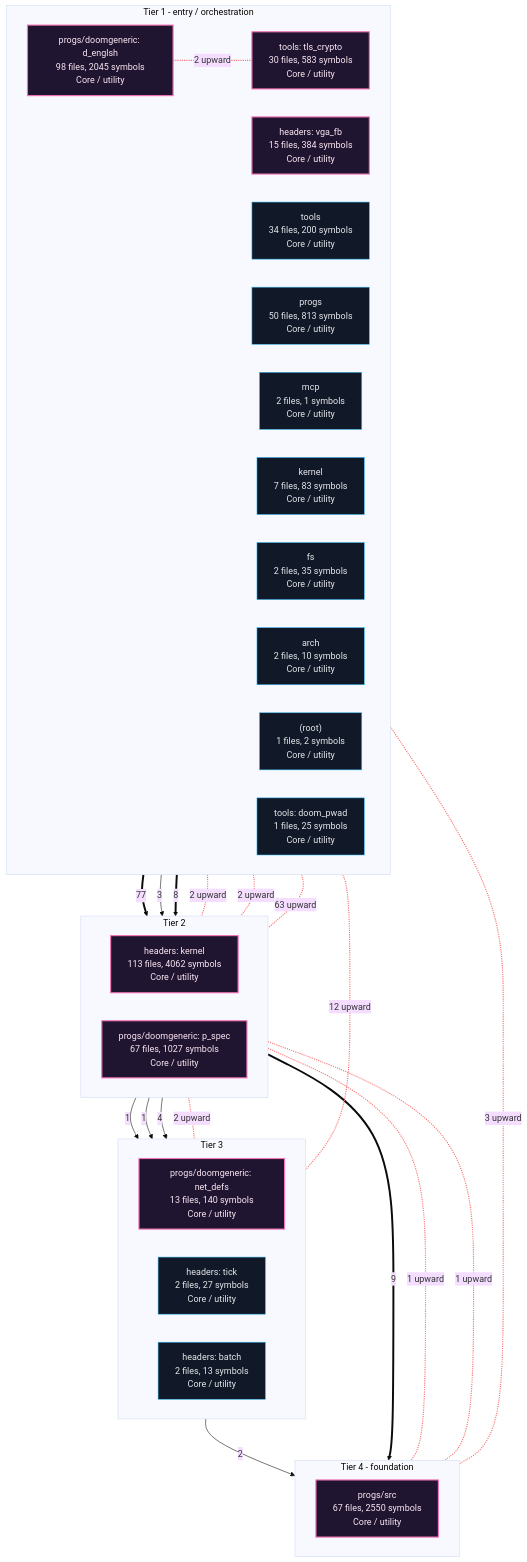
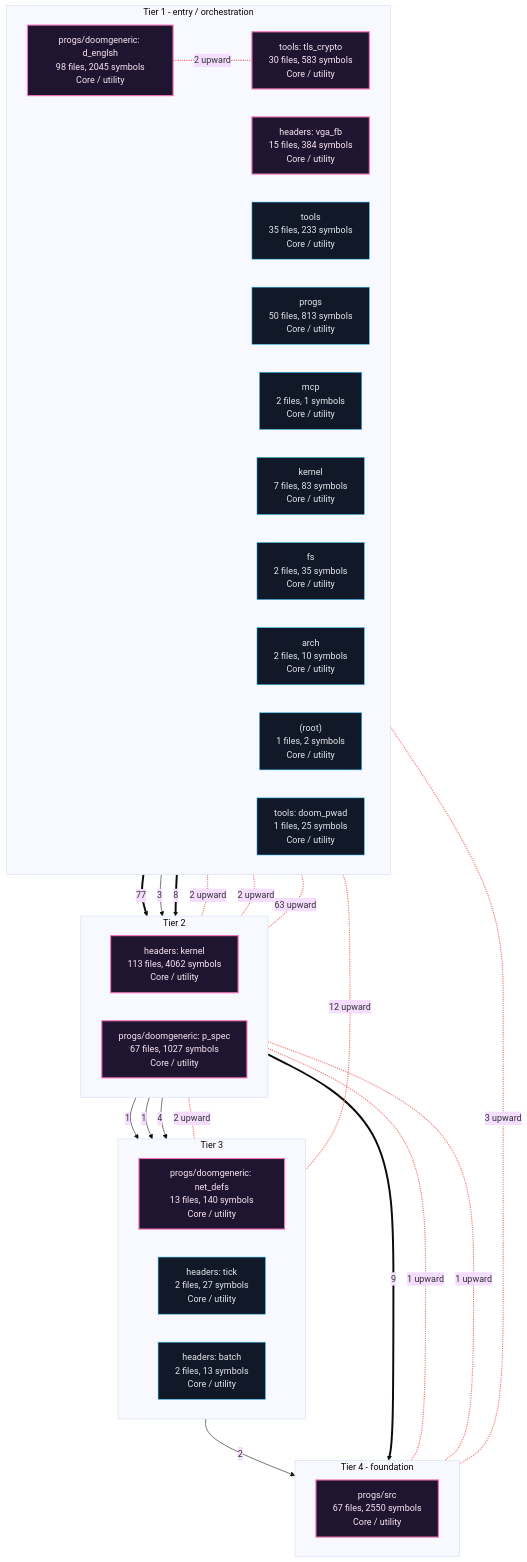
Before and after one commit to grisuno/miniOS: the first of 5 diagrams in readmenator-apidocs/architecture.md, drawn with Mermaid (base theme). The commit also changed 90 other files, not shown here.

````diff
--- a/readmenator-apidocs/architecture.md
+++ b/readmenator-apidocs/architecture.md
@@ -11,55 +11,55 @@
 ```mermaid
 flowchart TB
     classDef cycle fill:#1f1530,stroke:#f472b6,color:#fce7f3,stroke-width:2px;
     classDef default fill:#111827,stroke:#38bdf8,color:#e5e7eb;
     subgraph lane_0["Tier 1 - entry / orchestration"]
         direction LR
         n_c1["progs/doomgeneric: d_englsh<br/>98 files, 2045 symbols<br/>Core / utility"]:::cycle
         n_c4["tools: tls_crypto<br/>30 files, 583 symbols<br/>Core / utility"]:::cycle
         n_c5["headers: vga_fb<br/>15 files, 384 symbols<br/>Core / utility"]:::cycle
-        n_d_tools["tools<br/>34 files, 200 symbols<br/>Core / utility"]:::default
+        n_d_tools["tools<br/>35 files, 233 symbols<br/>Core / utility"]:::default
         n_d_progs["progs<br/>50 files, 813 symbols<br/>Core / utility"]:::default
         n_d_mcp["mcp<br/>2 files, 1 symbols<br/>Core / utility"]:::default
         n_d_kernel["kernel<br/>7 files, 83 symbols<br/>Core / utility"]:::default
         n_d_fs["fs<br/>2 files, 35 symbols<br/>Core / utility"]:::default
         n_d_arch["arch<br/>2 files, 10 symbols<br/>Core / utility"]:::default
         n_d__root_["(root)<br/>1 files, 2 symbols<br/>Core / utility"]:::default
         n_c9["tools: doom_pwad<br/>1 files, 25 symbols<br/>Core / utility"]:::default
     end
     subgraph lane_1["Tier 2"]
         direction LR
         n_c0["headers: kernel<br/>113 files, 4062 symbols<br/>Core / utility"]:::cycle
         n_c3["progs/doomgeneric: p_spec<br/>67 files, 1027 symbols<br/>Core / utility"]:::cycle
     end
     subgraph lane_2["Tier 3"]
         direction LR
         n_c6["progs/doomgeneric: net_defs<br/>13 files, 140 symbols<br/>Core / utility"]:::cycle
         n_c8["headers: tick<br/>2 files, 27 symbols<br/>Core / utility"]:::default
         n_c7["headers: batch<br/>2 files, 13 symbols<br/>Core / utility"]:::default
     end
     subgraph lane_3["Tier 4 - foundation"]
         direction LR
         n_c2["progs/src<br/>67 files, 2550 symbols<br/>Core / utility"]:::cycle
     end
     n_c0 ==>|"9"| n_c2
     n_c0 -->|"1"| n_c7
     n_c0 -->|"1"| n_c8
     n_c1 ==>|"77"| n_c3
     n_c3 -->|"4"| n_c6
     n_c4 -->|"3"| n_c0
     n_c5 ==>|"8"| n_c0
     n_c6 -->|"2"| n_c2
     n_c4 <-.-|"2 upward"| n_c0
     n_c5 <-.-|"2 upward"| n_c0
     n_c0 <-.-|"1 upward"| n_c2
     n_c1 <-.-|"3 upward"| n_c2
     n_c3 <-.-|"1 upward"| n_c2
     n_c1 <-.-|"63 upward"| n_c3
     n_c1 <-.-|"2 upward"| n_c4
     n_c1 <-.-|"12 upward"| n_c6
     n_c3 <-.-|"2 upward"| n_c6
     linkStyle 8,9,10,11,12,13,14,15,16 stroke:#f87171,stroke-width:2px;
     n_c1 ~~~ n_c0
     n_c0 ~~~ n_c6
     n_c6 ~~~ n_c2
 ```
````
